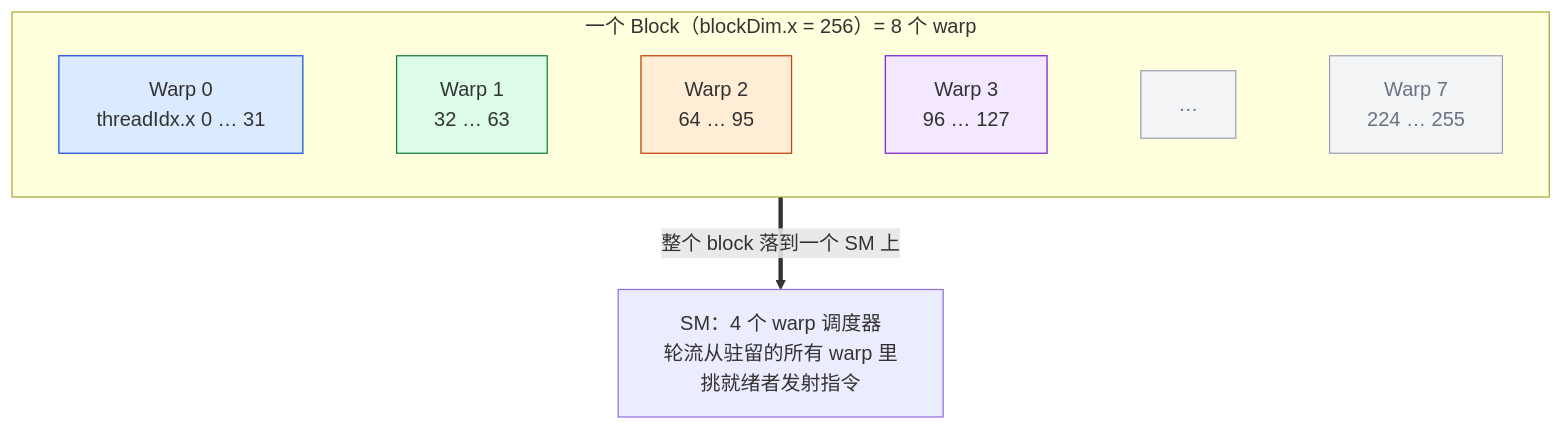
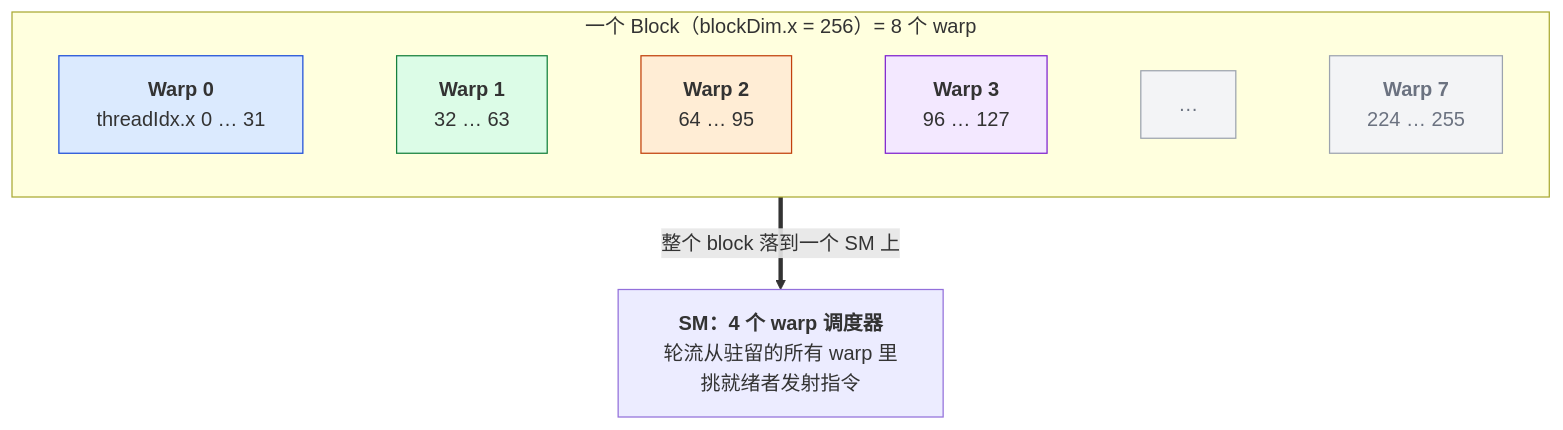
One commit to arganzheng/arganzheng.github.com changed the third of 7 diagrams in _posts/2026-05-12-cuda-programming-model-and-first-kernel.md. Above: the diagram before and after it, drawn with Mermaid. The commit also changed other lines of this file and 10 other files, not shown here.

First line of the commit message:
GPU Kernel 工程：从 CUDA 执行模型到 FlashAttention：Mermaid 多行方框的首行标为标题（11 篇）

````diff
--- a/_posts/2026-05-12-cuda-programming-model-and-first-kernel.md
+++ b/_posts/2026-05-12-cuda-programming-model-and-first-kernel.md
@@ -210,14 +210,14 @@
 ```mermaid
 %% 图：block 在硬件上如何切成 warp：256 线程线性化后按 32 个一组切成 8 个 warp，整块落到一个 SM
 flowchart TB
     classDef w0 fill:#dbeafe,stroke:#1d4ed8
     classDef w1 fill:#dcfce7,stroke:#15803d
     classDef w2 fill:#ffedd5,stroke:#c2410c
     classDef w3 fill:#f3e8ff,stroke:#7e22ce
     classDef dim fill:#f3f4f6,stroke:#9ca3af,color:#6b7280
     subgraph Block["一个 Block（blockDim.x = 256）= 8 个 warp"]
         direction LR
-        W0["Warp 0<br/>threadIdx.x 0 … 31"]:::w0 ~~~ W1["Warp 1<br/>32 … 63"]:::w1 ~~~ W2["Warp 2<br/>64 … 95"]:::w2 ~~~ W3["Warp 3<br/>96 … 127"]:::w3 ~~~ Wd["…"]:::dim ~~~ W7["Warp 7<br/>224 … 255"]:::dim
+        W0["<b>Warp 0</b><br/>threadIdx.x 0 … 31"]:::w0 ~~~ W1["<b>Warp 1</b><br/>32 … 63"]:::w1 ~~~ W2["<b>Warp 2</b><br/>64 … 95"]:::w2 ~~~ W3["<b>Warp 3</b><br/>96 … 127"]:::w3 ~~~ Wd["…"]:::dim ~~~ W7["<b>Warp 7</b><br/>224 … 255"]:::dim
     end
-    Block ==>|"整个 block 落到一个 SM 上"| SM["SM：4 个 warp 调度器<br/>轮流从驻留的所有 warp 里挑就绪者发射指令"]
+    Block ==>|"整个 block 落到一个 SM 上"| SM["<b>SM：4 个 warp 调度器</b><br/>轮流从驻留的所有 warp 里挑就绪者发射指令"]
 ```
````
